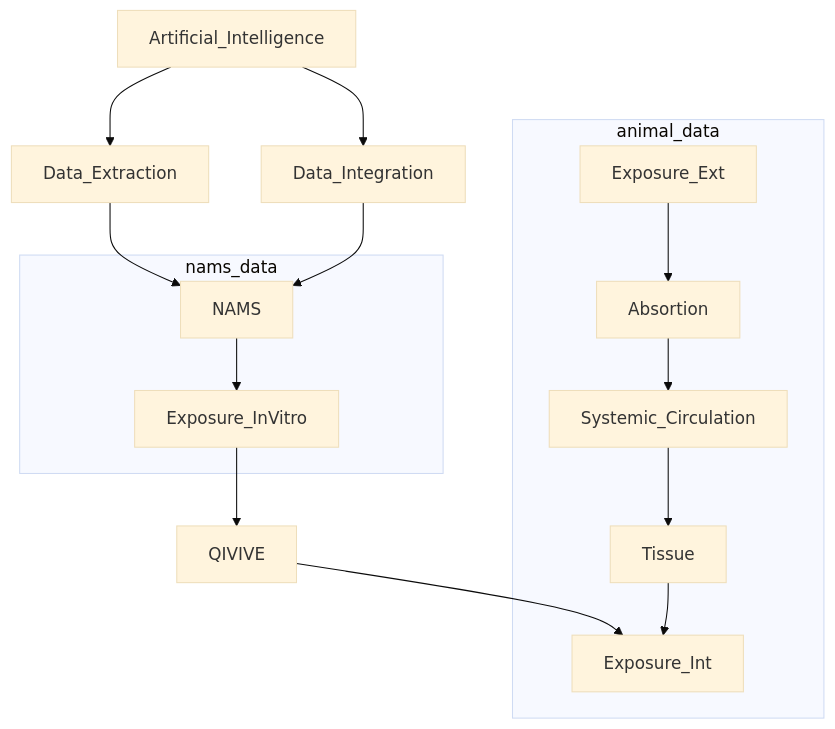
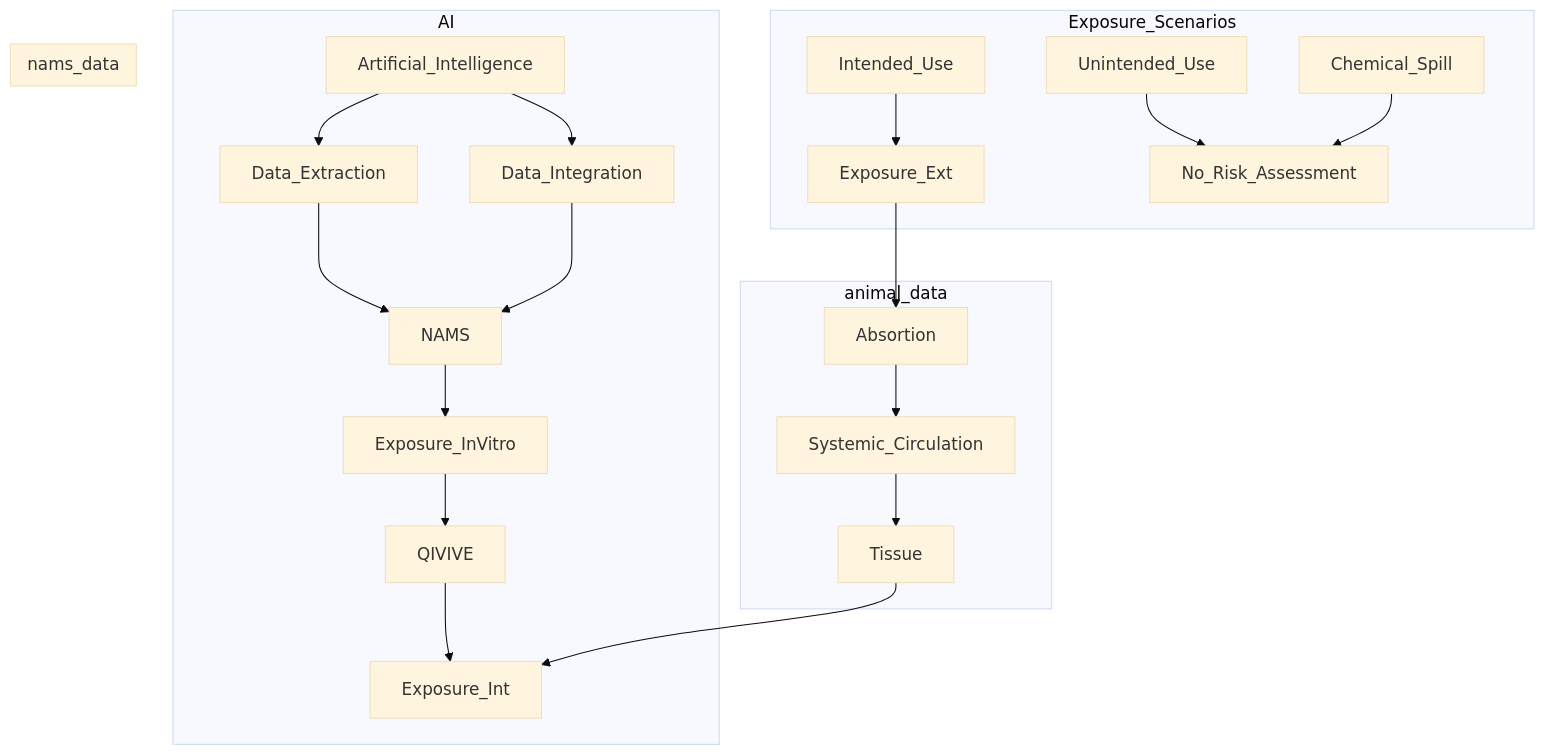
The diagram in ProbRA.md (ontox-hu/workflows), drawn with Mermaid (base theme) before and after one commit.

````diff
--- a/ProbRA.md
+++ b/ProbRA.md
@@ -2,26 +2,47 @@
 ```mermaid
 flowchart TD
+
+
+  subgraph Exposure_Scenarios
+  
+  Intended_Use-->Exposure_Ext
+  Unintended_Use-->No_Risk_Assessment
+  Chemical_Spill-->No_Risk_Assessment
+  
+  end
+
+  %%%%%%%%%%%%%%%%%%%%%%%%%%%%%%%%%%%%%%%%%%%%%%%%%%%
+
+  subgraph AI
 
   Artificial_Intelligence-->Data_Extraction
   Data_Extraction-->NAMS
   Artificial_Intelligence-->Data_Integration
   Data_Integration-->NAMS
   Exposure_InVitro-->QIVIVE
   QIVIVE-->Exposure_Int
+  
+  end
+  
+  %%%%%%%%%%%%%%%%%%%%%%%%%%%%%%%%%%%%%%%%%%%%%%%%%
   
   subgraph animal_data
   
   Exposure_Ext-->Absortion
   Absortion-->Systemic_Circulation
   Systemic_Circulation-->Tissue
   Tissue-->Exposure_Int
   
   end
-
+  
+  %%%%%%%%%%%%%%%%%%%%%%%%%%%%%%%%%%%%%%%%%%%%%%%%%%
+  
   subgraph nams_data
   
   NAMS-->Exposure_InVitro
   
   end
   
+  %%%%%%%%%%%%%%%%%%%%%%%%%%%%%%%%%%%%%%%%%%%%%%%%%%%
+  
 ```
````
